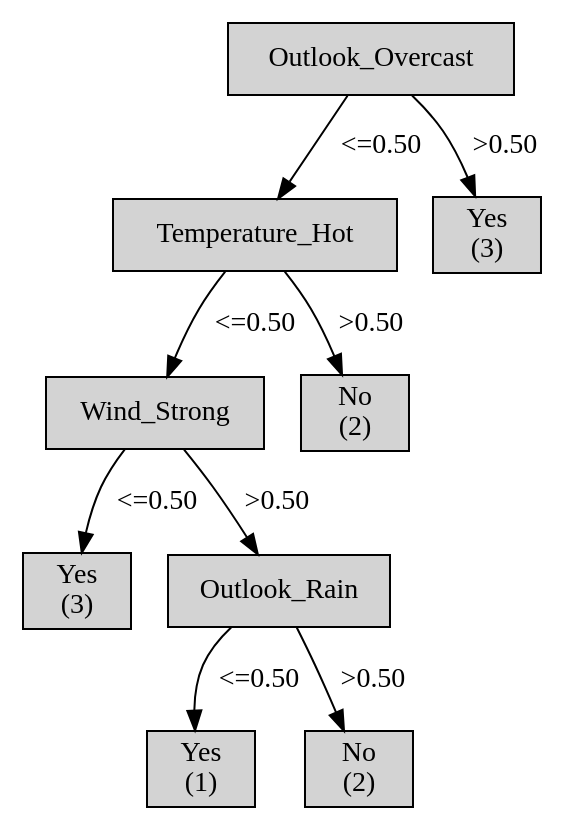
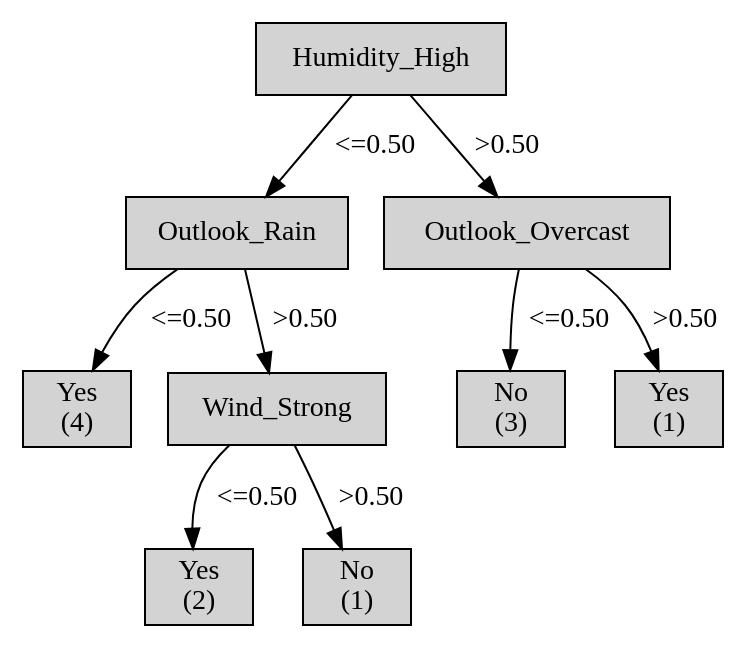
Before and after one commit to muchammadibnu/tucil1ML: the diagram in graph.dot, drawn with Graphviz. The commit also changed 4 other files, not shown here.

```diff
--- a/graph.dot
+++ b/graph.dot
@@ -1,38 +1,37 @@
 digraph ID3_Tree {
-"0" [shape=box, style=filled, label="Outlook_Overcast
+"0" [shape=box, style=filled, label="Humidity_High
 ", weight=1]
-"1" [shape=box, style=filled, label="Temperature_Hot
+"1" [shape=box, style=filled, label="Outlook_Rain
 ", weight=2]
 0 -> 1 [ label = "<=0.50"];
-"2" [shape=box, style=filled, label="Wind_Strong
+"2" [shape=box, style=filled, label="Yes
+(4)
 ", weight=3]
 1 -> 2 [ label = "<=0.50"];
-"3" [shape=box, style=filled, label="Yes
+"3" [shape=box, style=filled, label="Wind_Strong
+", weight=3]
+1 -> 3 [ label = ">0.50"];
+"4" [shape=box, style=filled, label="Yes
+(2)
+", weight=4]
+3 -> 4 [ label = "<=0.50"];
+"5" [shape=box, style=filled, label="No
+(1)
+", weight=4]
+3 -> 5 [ label = ">0.50"];
+"6" [shape=box, style=filled, label="Outlook_Overcast
+", weight=2]
+0 -> 6 [ label = ">0.50"];
+"7" [shape=box, style=filled, label="No
 (3)
-", weight=4]
-2 -> 3 [ label = "<=0.50"];
-"4" [shape=box, style=filled, label="Outlook_Rain
-", weight=4]
-2 -> 4 [ label = ">0.50"];
-"5" [shape=box, style=filled, label="Yes
+", weight=3]
+6 -> 7 [ label = "<=0.50"];
+"8" [shape=box, style=filled, label="Yes
 (1)
-", weight=5]
-4 -> 5 [ label = "<=0.50"];
-"6" [shape=box, style=filled, label="No
-(2)
-", weight=5]
-4 -> 6 [ label = ">0.50"];
-"7" [shape=box, style=filled, label="No
-(2)
 ", weight=3]
-1 -> 7 [ label = ">0.50"];
-"8" [shape=box, style=filled, label="Yes
-(3)
-", weight=2]
-0 -> 8 [ label = ">0.50"];
+6 -> 8 [ label = ">0.50"];
 {rank=same; 0;};
-{rank=same; 1;8;};
-{rank=same; 2;7;};
-{rank=same; 3;4;};
-{rank=same; 5;6;};
+{rank=same; 1;6;};
+{rank=same; 2;3;7;8;};
+{rank=same; 4;5;};
 }
```
